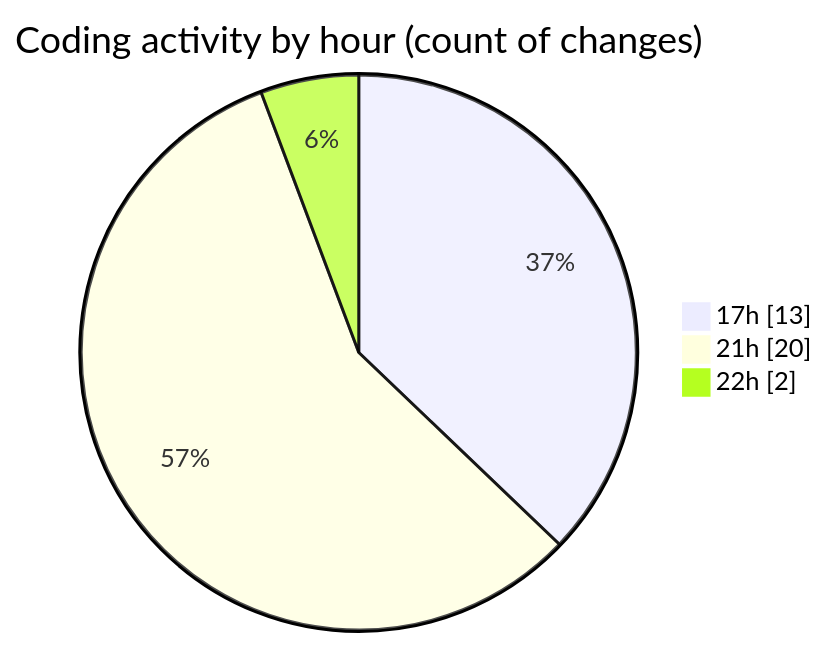
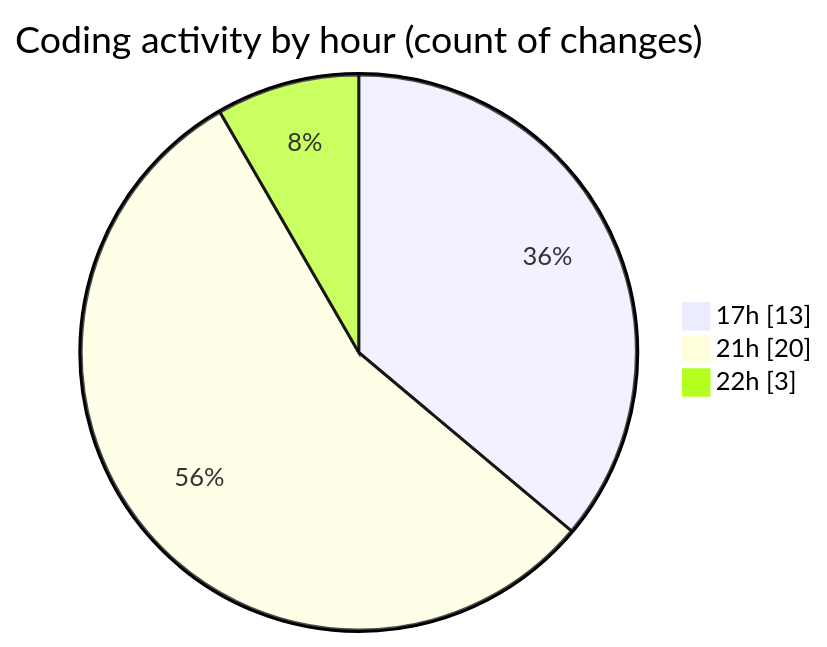
One commit to Unknowalive/code-tracking changed the second of 2 diagrams in 2026-07-03/researchlens/README.md. Above: the diagram before and after it, drawn with Mermaid. The commit also changed other lines of this file and 1 other file, not shown here.

````diff
--- a/2026-07-03/researchlens/README.md
+++ b/2026-07-03/researchlens/README.md
@@ -45,7 +46,7 @@
 ```mermaid
 pie showData
 title Coding activity by hour (count of changes)
 "17h" : 13
 "21h" : 20
-"22h" : 2
+"22h" : 3
 ```
````
